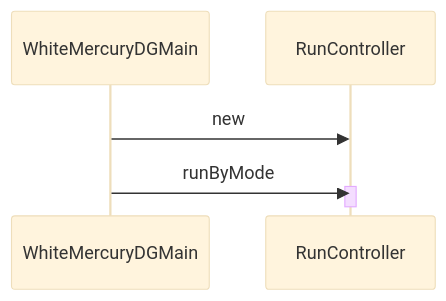
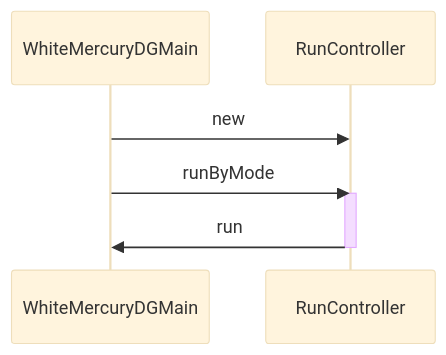
One commit to tspauld98/white-mercury-dg changed the diagram in docs/primary-sequence-diagram.md. Above: the diagram before and after it, drawn with Mermaid (base theme).

Commit message:
Trying out new format

````diff
--- a/docs/primary-sequence-diagram.md
+++ b/docs/primary-sequence-diagram.md
@@ -5,9 +5,10 @@
 ```mermaid
 sequenceDiagram
     participant WhiteMercuryDGMain
     participant RunController
     WhiteMercuryDGMain->>RunController: new
     WhiteMercuryDGMain->>RunController: runByMode
     activate RunController
+    RunController->>WhiteMercuryDGMain: run
     deactivate RunController
 ```
````
